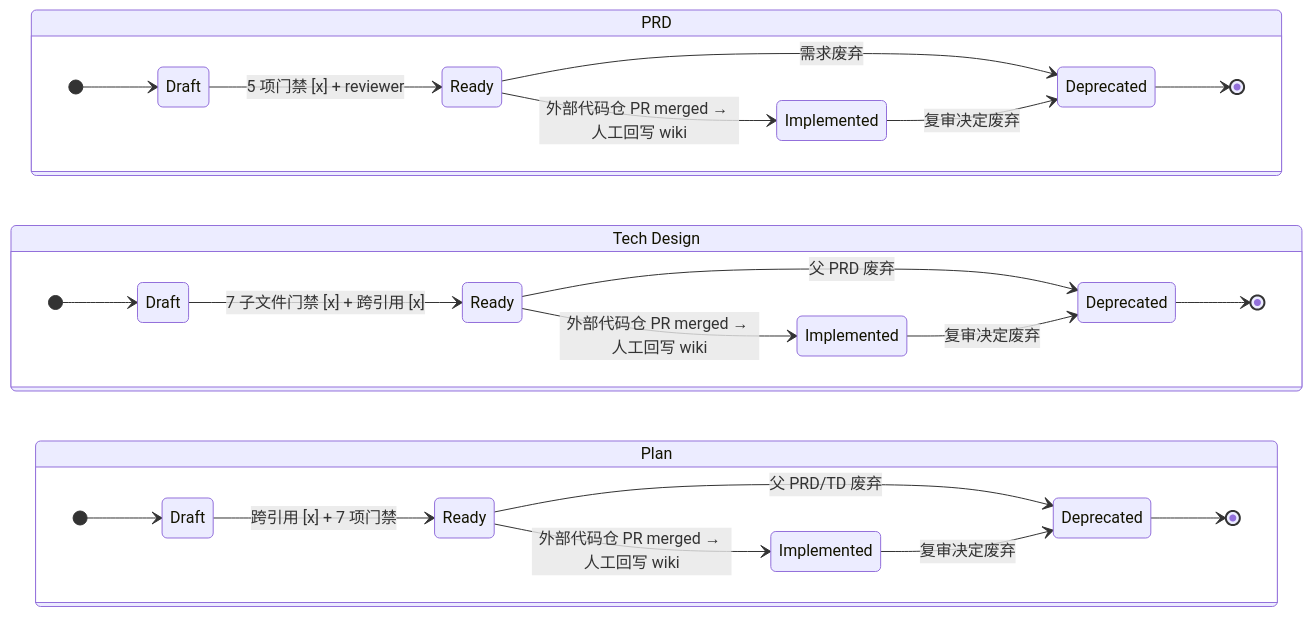
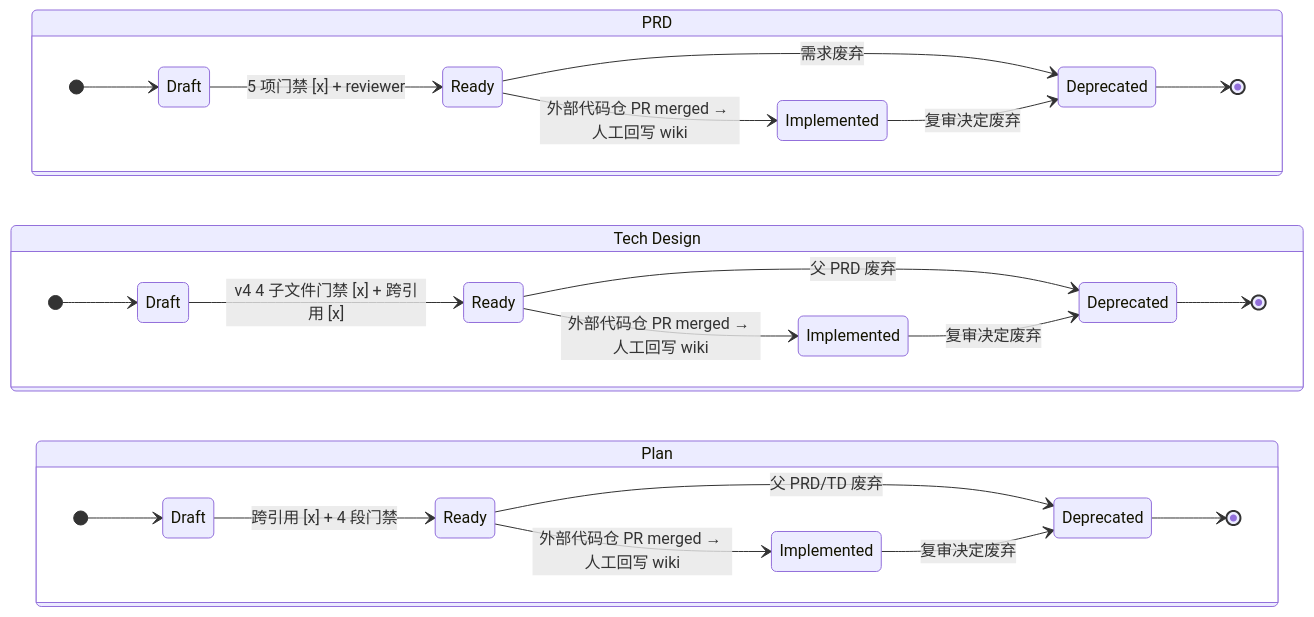
One commit to vanpipy/SSD-Template changed the first of 3 diagrams in HOW_TO_USE.md. Above: the diagram before and after it, drawn with Mermaid. The commit also changed other lines of this file and 70 other files, not shown here.

````diff
--- a/HOW_TO_USE.md
+++ b/HOW_TO_USE.md
@@ -66,49 +70,49 @@
 ```mermaid
 stateDiagram-v2
     direction LR
 
     state "PRD" as prd {
         direction LR
         state "Draft" as p_d
         state "Ready" as p_r
         state "Implemented" as p_i
         state "Deprecated" as p_x
 
         [*] --> p_d
         p_d --> p_r: 5 项门禁 [x] + reviewer
         p_r --> p_i: 外部代码仓 PR merged → 人工回写 wiki
         p_r --> p_x: 需求废弃
         p_i --> p_x: 复审决定废弃
         p_x --> [*]
     }
 
     state "Tech Design" as td {
         direction LR
         state "Draft" as t_d
         state "Ready" as t_r
         state "Implemented" as t_i
         state "Deprecated" as t_x
 
         [*] --> t_d
-        t_d --> t_r: 7 子文件门禁 [x] + 跨引用 [x]
+        t_d --> t_r: v4 4 子文件门禁 [x] + 跨引用 [x]
         t_r --> t_i: 外部代码仓 PR merged → 人工回写 wiki
         t_r --> t_x: 父 PRD 废弃
         t_i --> t_x: 复审决定废弃
         t_x --> [*]
     }
 
     state "Plan" as pl {
         direction LR
         state "Draft" as pl_d
         state "Ready" as pl_r
         state "Implemented" as pl_i
         state "Deprecated" as pl_x
 
         [*] --> pl_d
-        pl_d --> pl_r: 跨引用 [x] + 7 项门禁
+        pl_d --> pl_r: 跨引用 [x] + 4 段门禁
         pl_r --> pl_i: 外部代码仓 PR merged → 人工回写 wiki
         pl_r --> pl_x: 父 PRD/TD 废弃
         pl_i --> pl_x: 复审决定废弃
         pl_x --> [*]
     }
 ```
````
